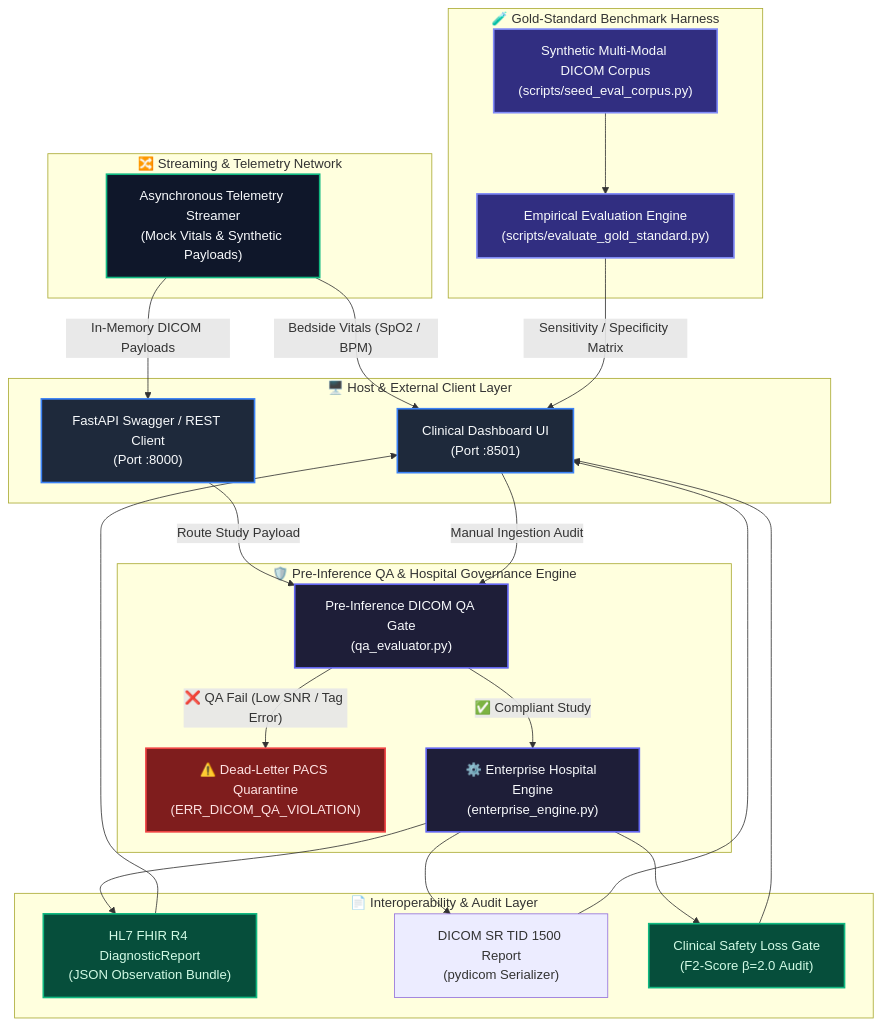
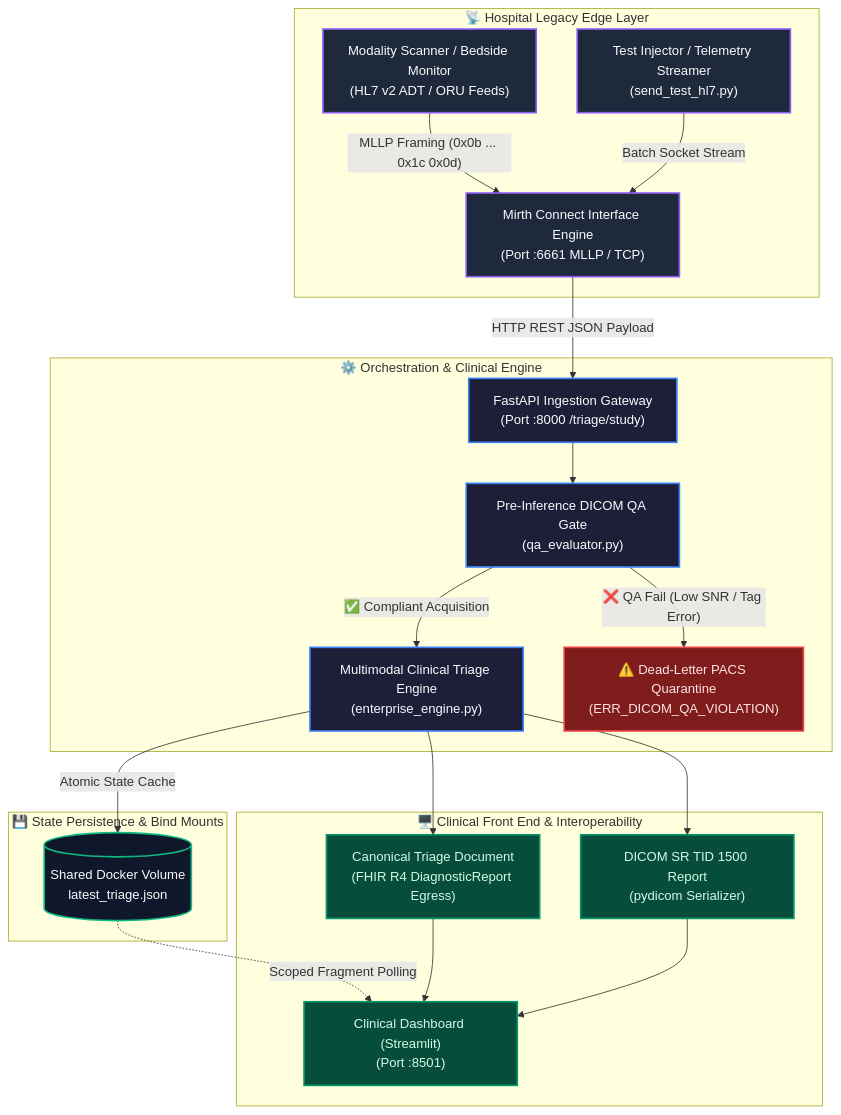
One commit to dammyoguntuyi-ui/Clinical-AI-Triage-Pipeline changed the diagram in README.md. Above: the diagram before and after it, drawn with Mermaid. The commit also changed other lines of this file, not shown here.

Commit message:
docs(readme): update system architecture, validation corpus tables, and clinical governance specs

````diff
--- a/README.md
+++ b/README.md
@@ -52,53 +36,52 @@
 ```mermaid
 flowchart TD
-    subgraph Client["🖥️ Host & External Client Layer"]
-        UI["Clinical Dashboard UI<br/>(Port :8501)"]
-        API["FastAPI Swagger / REST Client<br/>(Port :8000)"]
+    subgraph Ingress["📡 Hospital Legacy Edge Layer"]
+        Scanner["Modality Scanner / Bedside Monitor<br/>(HL7 v2 ADT / ORU Feeds)"]
+        Streamer["Test Injector / Telemetry Streamer<br/>(send_test_hl7.py)"]
+        Mirth["Mirth Connect Interface Engine<br/>(Port :6661 MLLP / TCP)"]
+        
+        Scanner -->|"MLLP Framing (0x0b ... 0x1c 0x0d)"| Mirth
+        Streamer -->|"Batch Socket Stream"| Mirth
     end
 
-    subgraph Streaming["🔀 Streaming & Telemetry Network"]
-        Streamer["Asynchronous Telemetry Streamer<br/>(Mock Vitals & Synthetic Payloads)"]
-        Streamer -->|"Bedside Vitals (SpO2 / BPM)"| UI
-        Streamer -->|"In-Memory DICOM Payloads"| API
+    subgraph Orchestration["⚙️ Orchestration & Clinical Engine"]
+        FastAPI["FastAPI Ingestion Gateway<br/>(Port :8000 /triage/study)"]
+        QAGate["Pre-Inference DICOM QA Gate<br/>(qa_evaluator.py)"]
+        TriageEngine["Multimodal Clinical Triage Engine<br/>(enterprise_engine.py)"]
+        Quarantine["⚠️ Dead-Letter PACS Quarantine<br/>(ERR_DICOM_QA_VIOLATION)"]
+        
+        Mirth -->|"HTTP REST JSON Payload"| FastAPI
+        FastAPI --> QAGate
+        QAGate -->|"❌ QA Fail (Low SNR / Tag Error)"| Quarantine
+        QAGate -->|"✅ Compliant Acquisition"| TriageEngine
     end
 
-    subgraph Governance["🛡️ Pre-Inference QA & Hospital Governance Engine"]
-        API -->|"Route Study Payload"| QAGate["Pre-Inference DICOM QA Gate<br/>(qa_evaluator.py)"]
-        UI -->|"Manual Ingestion Audit"| QAGate
-        
-        QAGate -->|"❌ QA Fail (Low SNR / Tag Error)"| Quarantine["⚠️ Dead-Letter PACS Quarantine<br/>(ERR_DICOM_QA_VIOLATION)"]
-        QAGate -->|"✅ Compliant Study"| Engine["⚙️ Enterprise Hospital Engine<br/>(enterprise_engine.py)"]
+    subgraph State["💾 State Persistence & Bind Mounts"]
+        StateFile[("Shared Docker Volume<br/>latest_triage.json")]
+        TriageEngine -->|"Atomic State Cache"| StateFile
     end
 
-    subgraph Validation["🧪 Gold-Standard Benchmark Harness"]
-        Corpus["Synthetic Multi-Modal DICOM Corpus<br/>(scripts/seed_eval_corpus.py)"] --> Evaluator["Empirical Evaluation Engine<br/>(scripts/evaluate_gold_standard.py)"]
-        Evaluator -->|"Sensitivity / Specificity Matrix"| UI
+    subgraph Egress["🖥️ Clinical Front End & Interoperability"]
+        UI["Clinical Dashboard (Streamlit)<br/>(Port :8501)"]
+        FHIRReport["Canonical Triage Document<br/>(FHIR R4 DiagnosticReport Egress)"]
+        DICOMSR["DICOM SR TID 1500 Report<br/>(pydicom Serializer)"]
+        
+        StateFile -.->|"Scoped Fragment Polling"| UI
+        TriageEngine --> FHIRReport
+        TriageEngine --> DICOMSR
+        FHIRReport --> UI
+        DICOMSR --> UI
     end
 
-    subgraph Dispatch["📄 Interoperability & Audit Layer"]
-        FHIRReport["HL7 FHIR R4 DiagnosticReport<br/>(JSON Observation Bundle)"]
-        DICOMSR["DICOM SR TID 1500 Report<br/>(pydicom Serializer)"]
-        SafetyLoss["Clinical Safety Loss Gate<br/>(F2-Score β=2.0 Audit)"]
-    end
+    classDef edge fill:#1e293b,stroke:#8b5cf6,stroke-width:2px,color:#f8fafc;
+    classDef orch fill:#1e1e38,stroke:#3b82f6,stroke-width:2px,color:#f8fafc;
+    classDef danger fill:#7f1d1d,stroke:#ef4444,stroke-width:2px,color:#fee2e2;
+    classDef state fill:#0f172a,stroke:#10b981,stroke-width:2px,color:#f8fafc;
+    classDef egress fill:#064e3b,stroke:#059669,stroke-width:2px,color:#d1fae5;
 
-    Engine --> FHIRReport
-    Engine --> DICOMSR
-    Engine --> SafetyLoss
-    FHIRReport --> UI
-    DICOMSR --> UI
-    SafetyLoss --> UI
-
-    classDef client fill:#1e293b,stroke:#3b82f6,stroke-width:2px,color:#f8fafc;
-    classDef streamer fill:#0f172a,stroke:#10b981,stroke-width:2px,color:#f8fafc;
-    classDef governance fill:#1e1e38,stroke:#6366f1,stroke-width:2px,color:#f8fafc;
-    classDef danger fill:#7f1d1d,stroke:#ef4444,stroke-width:2px,color:#fee2e2;
-    classDef dispatch fill:#064e3b,stroke:#10b981,stroke-width:2px,color:#d1fae5;
-    classDef validation fill:#312e81,stroke:#818cf8,stroke-width:2px,color:#f8fafc;
-
-    class UI,API client;
-    class Streamer streamer;
-    class QAGate,Engine governance;
+    class Scanner,Streamer,Mirth edge;
+    class FastAPI,QAGate,TriageEngine orch;
     class Quarantine danger;
-    class FHIRReport,SafetyLoss dispatch;
-    class Corpus,Evaluator validation;
+    class StateFile state;
+    class UI,FHIRReport,DICOMSR egress;
 ```
````
